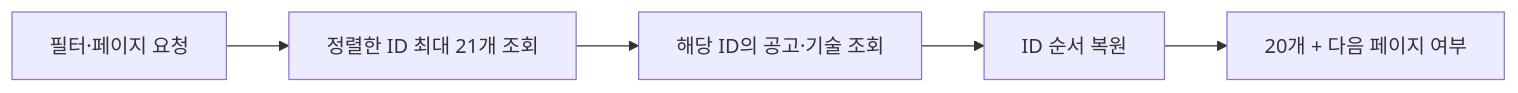
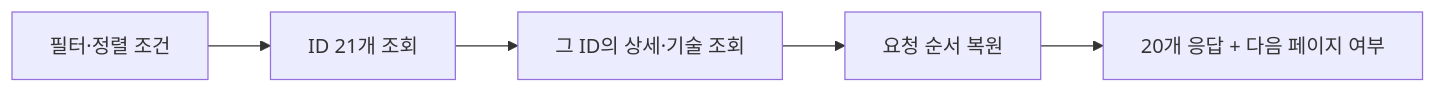
Before and after one commit to seungmin-park/demp: the first of 2 diagrams in README.md, drawn with Mermaid. The commit also changed other lines of this file, not shown here.

````diff
--- a/README.md
+++ b/README.md
@@ -33,7 +33,7 @@
 ```mermaid
 flowchart LR
-  A[필터·페이지 요청] --> B[정렬한 ID 최대 21개 조회]
-  B --> C[해당 ID의 공고·기술 조회]
-  C --> D[ID 순서 복원]
-  D --> E[20개 + 다음 페이지 여부]
+  A[필터·정렬 조건] --> B[ID 21개 조회]
+  B --> C[그 ID의 상세·기술 조회]
+  C --> D[요청 순서 복원]
+  D --> E[20개 응답 + 다음 페이지 여부]
 ```
````
